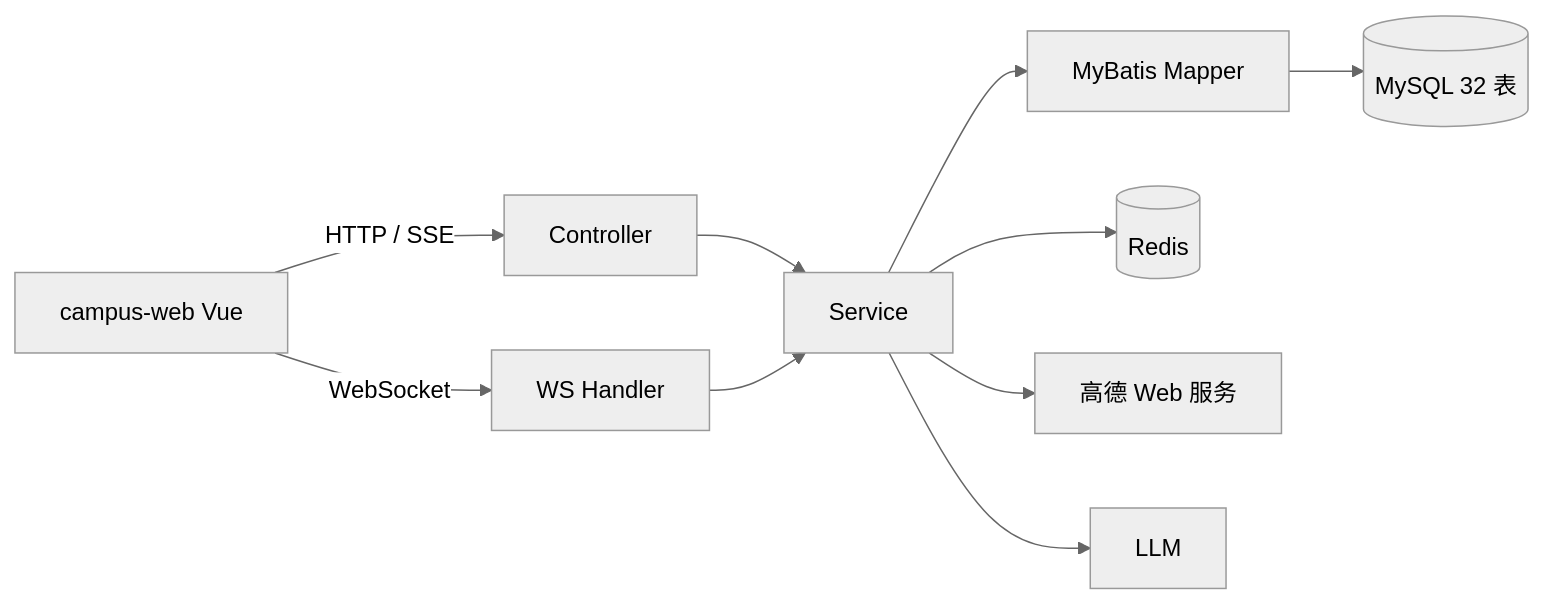
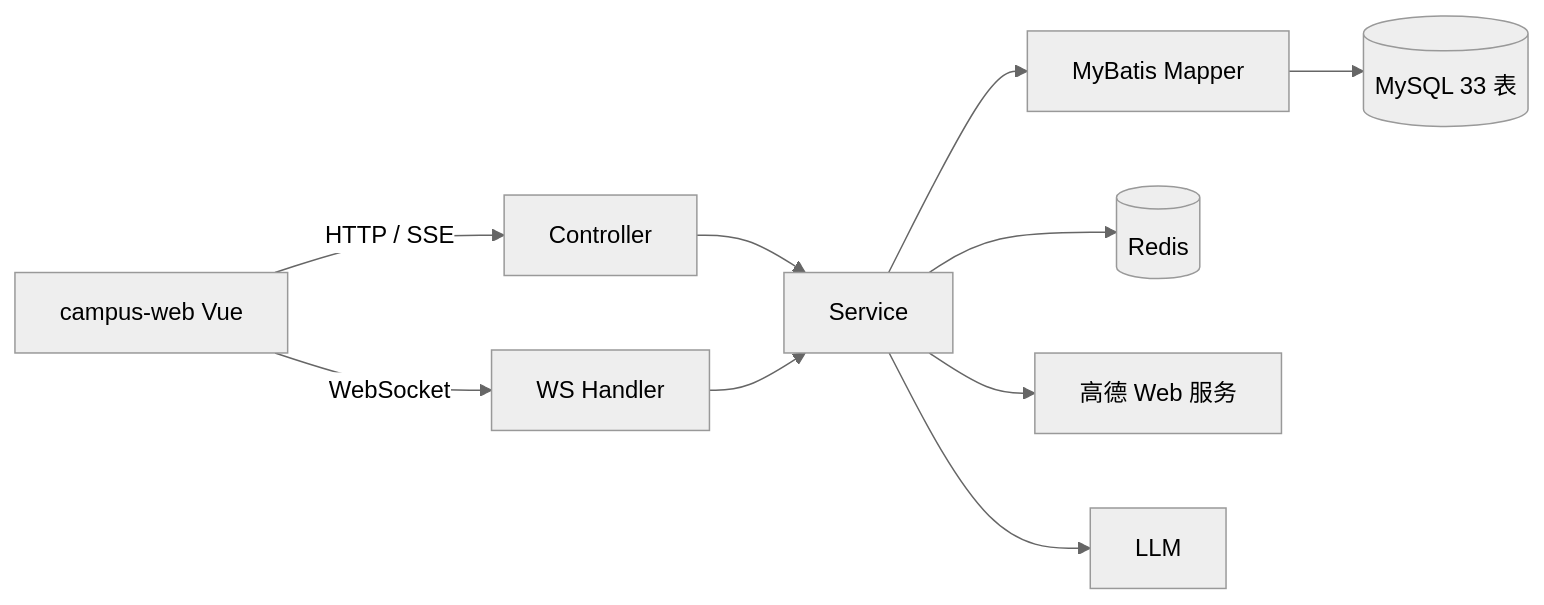
One commit to subingbo/campus-backend-framework changed the ninth of 10 diagrams in docs/项目全流程说明.md. Above: the diagram before and after it, drawn with Mermaid (neutral theme). The commit also changed other lines of this file and 85 other files, not shown here.

````diff
--- a/docs/项目全流程说明.md
+++ b/docs/项目全流程说明.md
@@ -578,12 +578,12 @@
 ```mermaid
 flowchart LR
     FE["campus-web Vue"] -->|"HTTP / SSE"| C["Controller"]
     FE -->|"WebSocket"| W["WS Handler"]
     C --> S["Service"]
     W --> S
     S --> M["MyBatis Mapper"]
-    M --> DB[("MySQL 32 表")]
+    M --> DB[("MySQL 33 表")]
     S --> R[("Redis")]
     S --> AM["高德 Web 服务"]
     S --> LLM["LLM"]
 ```
````
